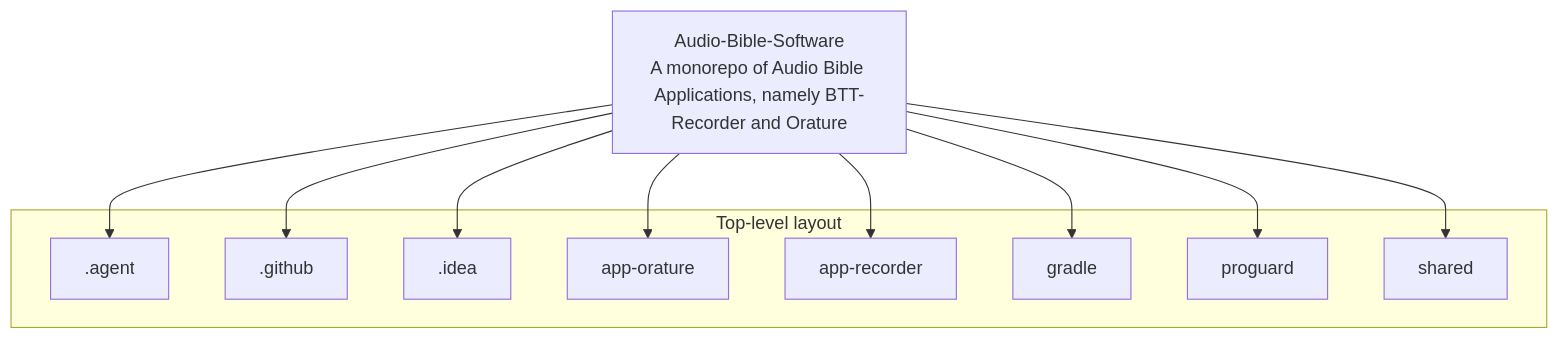
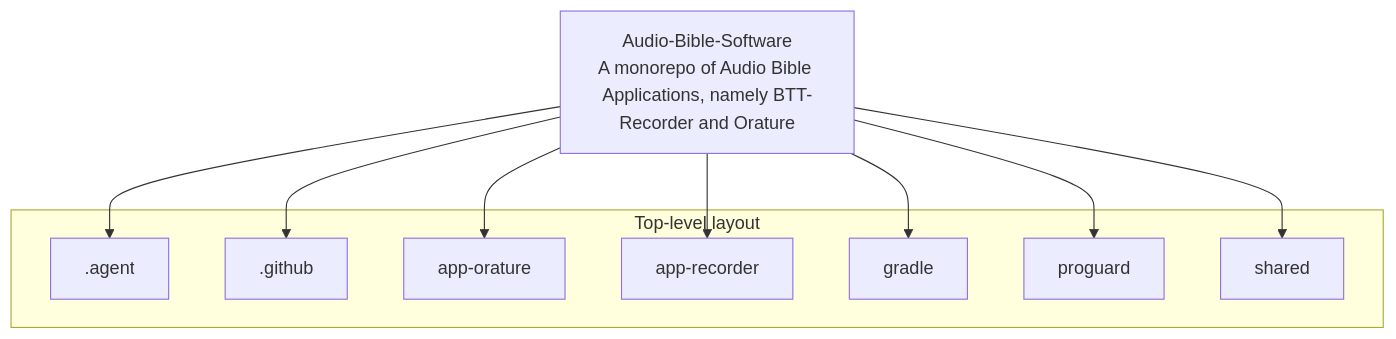
The second of 3 diagrams in architecture/Bible-Translation-Tools/Audio-Bible-Software-architecture.md (AnonymousWalker/project-repos-diagram), drawn with Mermaid before and after one commit. The commit also changed other lines of this file and 2 other files, not shown here.

Commit message:
chore: refresh architecture diagrams

````diff
--- a/architecture/Bible-Translation-Tools/Audio-Bible-Software-architecture.md
+++ b/architecture/Bible-Translation-Tools/Audio-Bible-Software-architecture.md
@@ -44,24 +42,22 @@
 ```mermaid
 flowchart TB
   Root["Audio-Bible-Software<br/>A monorepo of Audio Bible Applications, namely BTT-Recorder and Orature"]
 
   subgraph structure["Top-level layout"]
     D0[".agent"]
     D1[".github"]
-    D2[".idea"]
-    D3["app-orature"]
-    D4["app-recorder"]
-    D5["gradle"]
-    D6["proguard"]
-    D7["shared"]
+    D2["app-orature"]
+    D3["app-recorder"]
+    D4["gradle"]
+    D5["proguard"]
+    D6["shared"]
   end
 
   Root --> D0
   Root --> D1
   Root --> D2
   Root --> D3
   Root --> D4
   Root --> D5
   Root --> D6
-  Root --> D7
 ```
````
